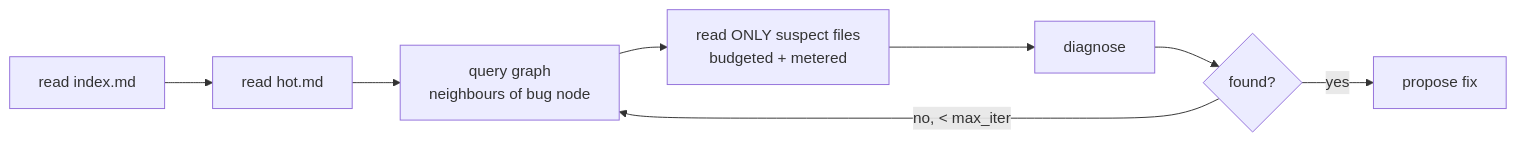
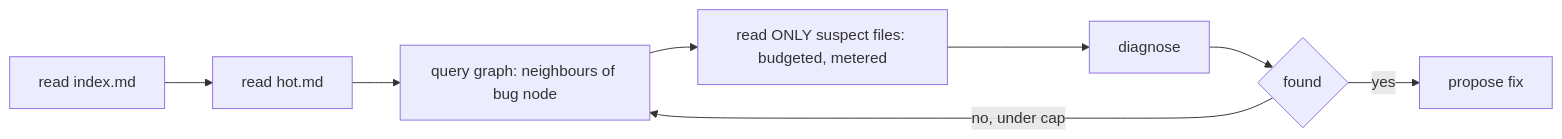
The third of 3 diagrams in README.md (salah-dev-stu/uoh-sqak-ex04), drawn with Mermaid before and after one commit. The commit also changed other lines of this file and 2 other files, not shown here.

First line of the commit message:
fix(docs): make README/architecture Mermaid diagrams render on GitHub

````diff
--- a/README.md
+++ b/README.md
@@ -99,7 +99,7 @@
 ```mermaid
 flowchart LR
-    A[read index.md] --> B[read hot.md] --> C[query graph<br/>neighbours of bug node]
-    C --> D[read ONLY suspect files<br/>budgeted + metered] --> E[diagnose] --> F{found?}
-    F -->|yes| G[propose fix]
-    F -->|no, < max_iter| C
+    A["read index.md"] --> B["read hot.md"] --> C["query graph: neighbours of bug node"]
+    C --> D["read ONLY suspect files: budgeted, metered"] --> E["diagnose"] --> F{found}
+    F -->|yes| G["propose fix"]
+    F -->|no, under cap| C
 ```
````
